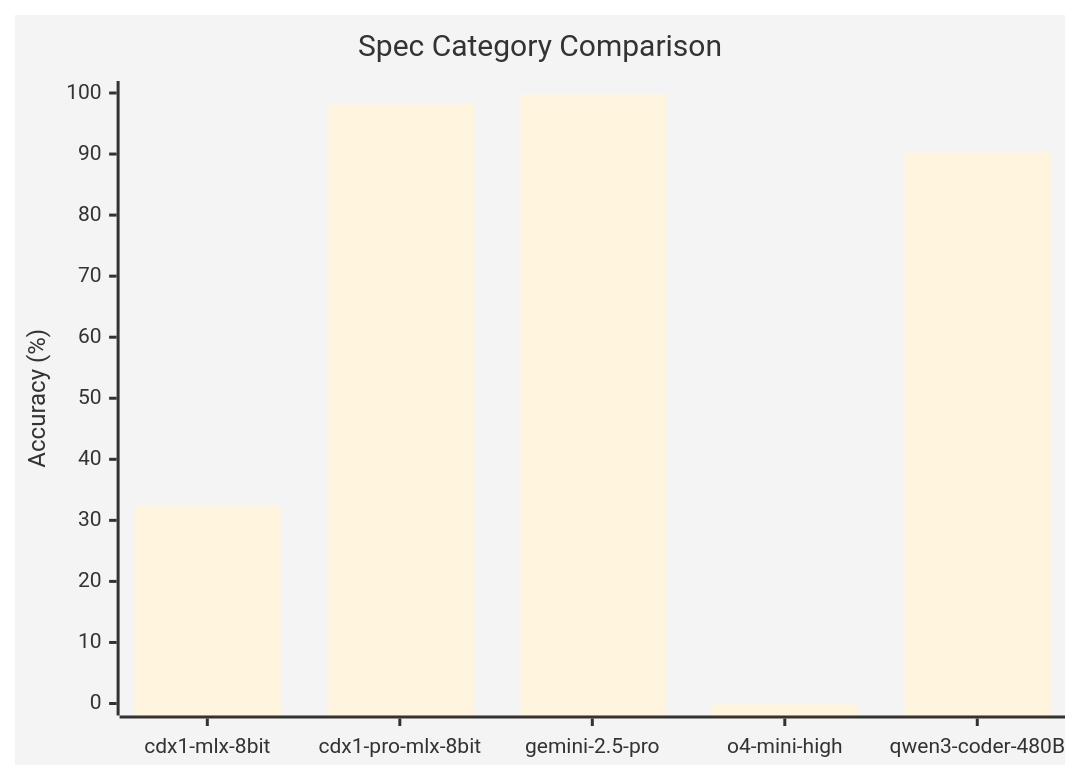
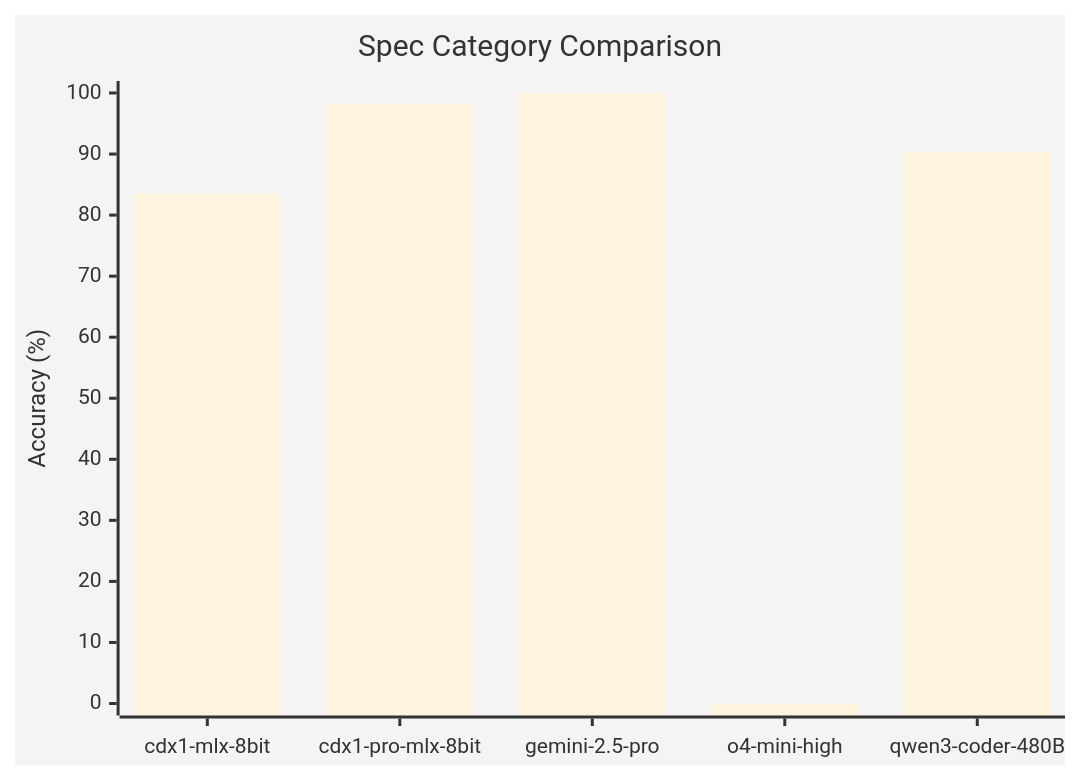
The second of 2 diagrams in contrib/xBOMEval/results/README.md (CycloneDX/cdxgen), drawn with Mermaid before and after one commit. The commit also changed 1 other file, not shown here.

Commit message:
Manual review

````diff
--- a/contrib/xBOMEval/results/README.md
+++ b/contrib/xBOMEval/results/README.md
@@ -20,8 +20,8 @@
 ```mermaid
 %%{init: {'theme': 'base'}}%%
 xychart-beta
     title "Spec Category Comparison"
     x-axis [cdx1-mlx-8bit, cdx1-pro-mlx-8bit, gemini-2.5-pro, o4-mini-high, qwen3-coder-480B]
     y-axis "Accuracy (%)" 0 --> 100
-    bar [32.53, 98.3, 100, 0, 90.34]
+    bar [83.52, 98.3, 100, 0, 90.34]
 ```
````
